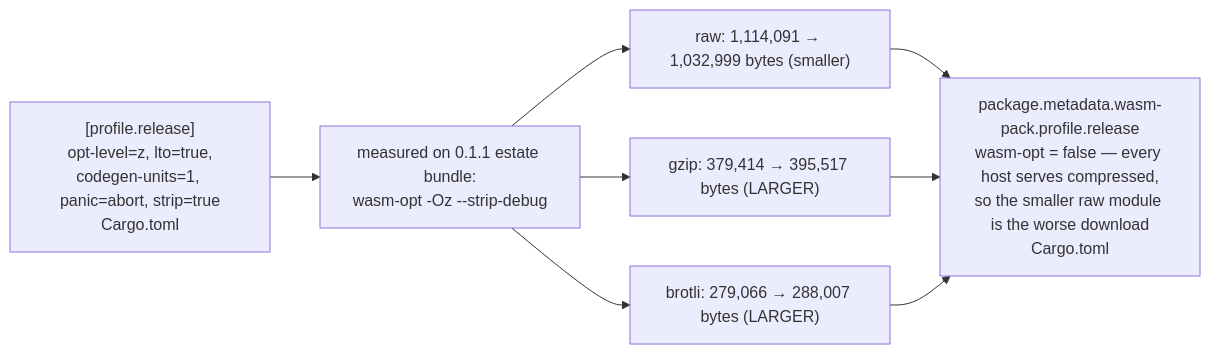
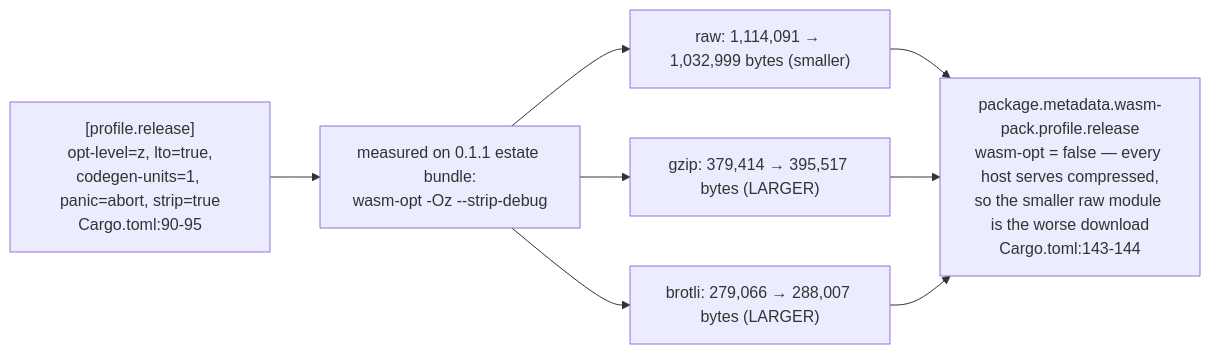
One commit to DreamLab-AI/VisionFlow changed the fifth of 6 diagrams in docs/diagrams/vowl-wasm/05-build-test-bench-and-publish.md. Above: the diagram before and after it, drawn with Mermaid. The commit also changed other lines of this file and 160 other files, not shown here.

````diff
--- a/docs/diagrams/vowl-wasm/05-build-test-bench-and-publish.md
+++ b/docs/diagrams/vowl-wasm/05-build-test-bench-and-publish.md
@@ -102,8 +113,8 @@
 ```mermaid
 flowchart LR
-    PROF["[profile.release]<br/>opt-level=z, lto=true,<br/>codegen-units=1, panic=abort, strip=true<br/>Cargo.toml"] --> MEASURE["measured on 0.1.1 estate bundle:<br/>wasm-opt -Oz --strip-debug"]
+    PROF["[profile.release]<br/>opt-level=z, lto=true,<br/>codegen-units=1, panic=abort, strip=true<br/>Cargo.toml:90-95"] --> MEASURE["measured on 0.1.1 estate bundle:<br/>wasm-opt -Oz --strip-debug"]
     MEASURE --> RAW["raw: 1,114,091 → 1,032,999 bytes (smaller)"]
     MEASURE --> GZIP["gzip: 379,414 → 395,517 bytes (LARGER)"]
     MEASURE --> BROTLI["brotli: 279,066 → 288,007 bytes (LARGER)"]
-    RAW & GZIP & BROTLI --> DECISION["package.metadata.wasm-pack.profile.release<br/>wasm-opt = false — every host serves compressed,<br/>so the smaller raw module is the worse download<br/>Cargo.toml"]
+    RAW & GZIP & BROTLI --> DECISION["package.metadata.wasm-pack.profile.release<br/>wasm-opt = false — every host serves compressed,<br/>so the smaller raw module is the worse download<br/>Cargo.toml:143-144"]
 ```
````
